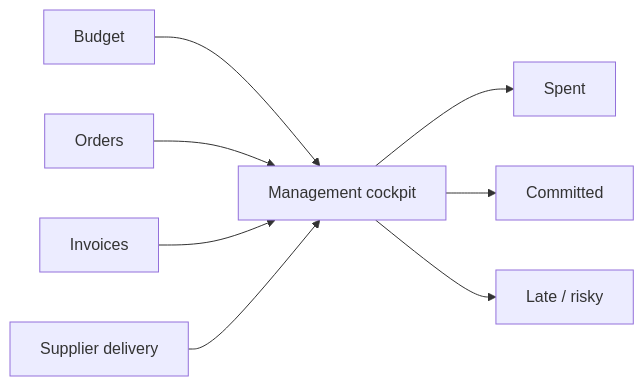
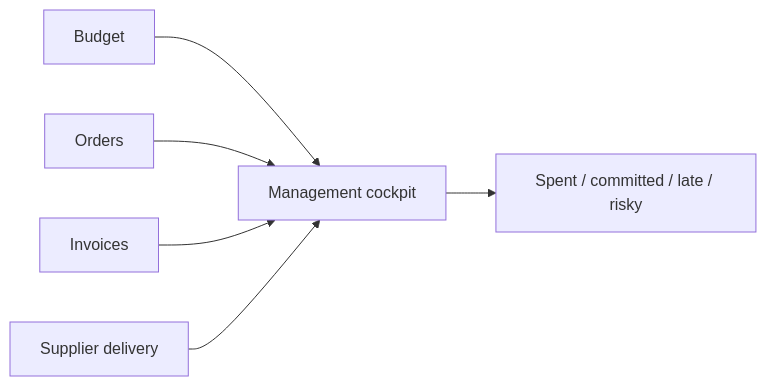
One commit to jeffersonkuku/powerbi-portfolio-projects changed the first of 2 diagrams in powerbi-procurement-financial-control-tower/README.md. Above: the diagram before and after it, drawn with Mermaid. The commit also changed other lines of this file and 5 other files, not shown here.

````diff
--- a/powerbi-procurement-financial-control-tower/README.md
+++ b/powerbi-procurement-financial-control-tower/README.md
@@ -19,10 +15,8 @@
 ```mermaid
 flowchart LR
     A[Budget] --> E[Management cockpit]
     B[Orders] --> E
     C[Invoices] --> E
     D[Supplier delivery] --> E
-    E --> F[Spent]
-    E --> G[Committed]
-    E --> H[Late / risky]
+    E --> F[Spent / committed / late / risky]
 ```
````
